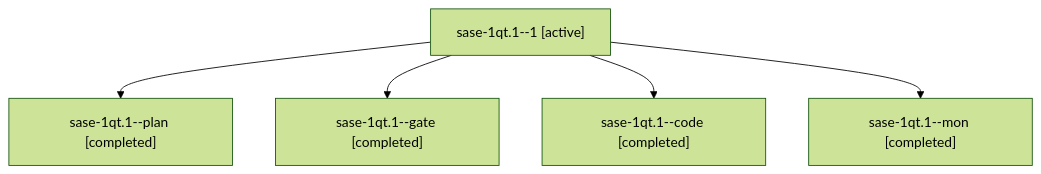
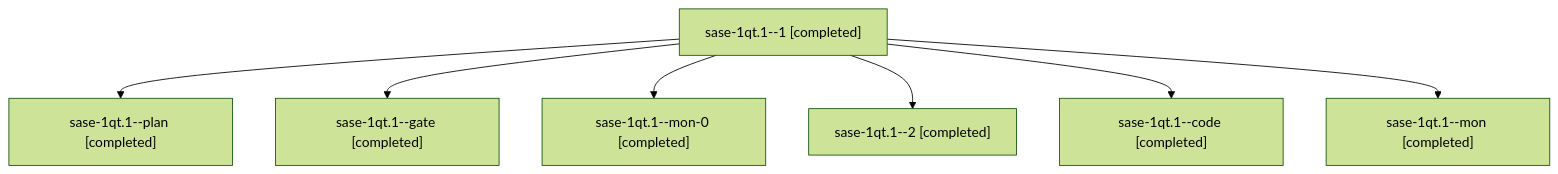
One commit to sase-org/sase--agents changed the diagram in sessions/bbugyi200.athena.sase-1qt.1.md. Above: the diagram before and after it, drawn with Mermaid (forest theme). The commit also changed other lines of this file and 34 other files, not shown here.

````diff
--- a/sessions/bbugyi200.athena.sase-1qt.1.md
+++ b/sessions/bbugyi200.athena.sase-1qt.1.md
@@ -9,12 +9,16 @@
 ```mermaid
 flowchart TD
-  n0["sase-1qt.1--1 [active]"]
+  n0["sase-1qt.1--1 [completed]"]
   n1["sase-1qt.1--plan [completed]"]
   n0 --> n1
   n2["sase-1qt.1--gate [completed]"]
   n0 --> n2
-  n3["sase-1qt.1--code [completed]"]
+  n3["sase-1qt.1--mon-0 [completed]"]
   n0 --> n3
-  n4["sase-1qt.1--mon [completed]"]
+  n4["sase-1qt.1--2 [completed]"]
   n0 --> n4
+  n5["sase-1qt.1--code [completed]"]
+  n0 --> n5
+  n6["sase-1qt.1--mon [completed]"]
+  n0 --> n6
 ```
````
